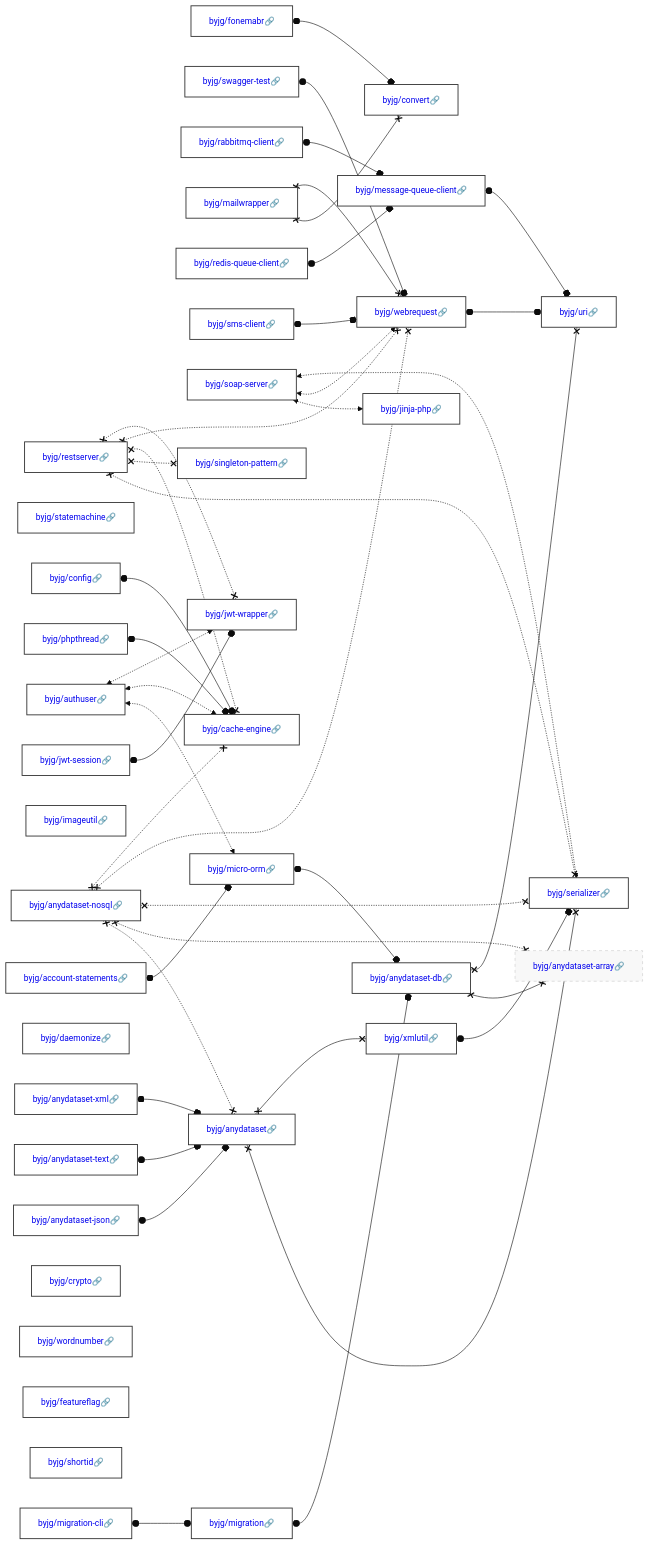
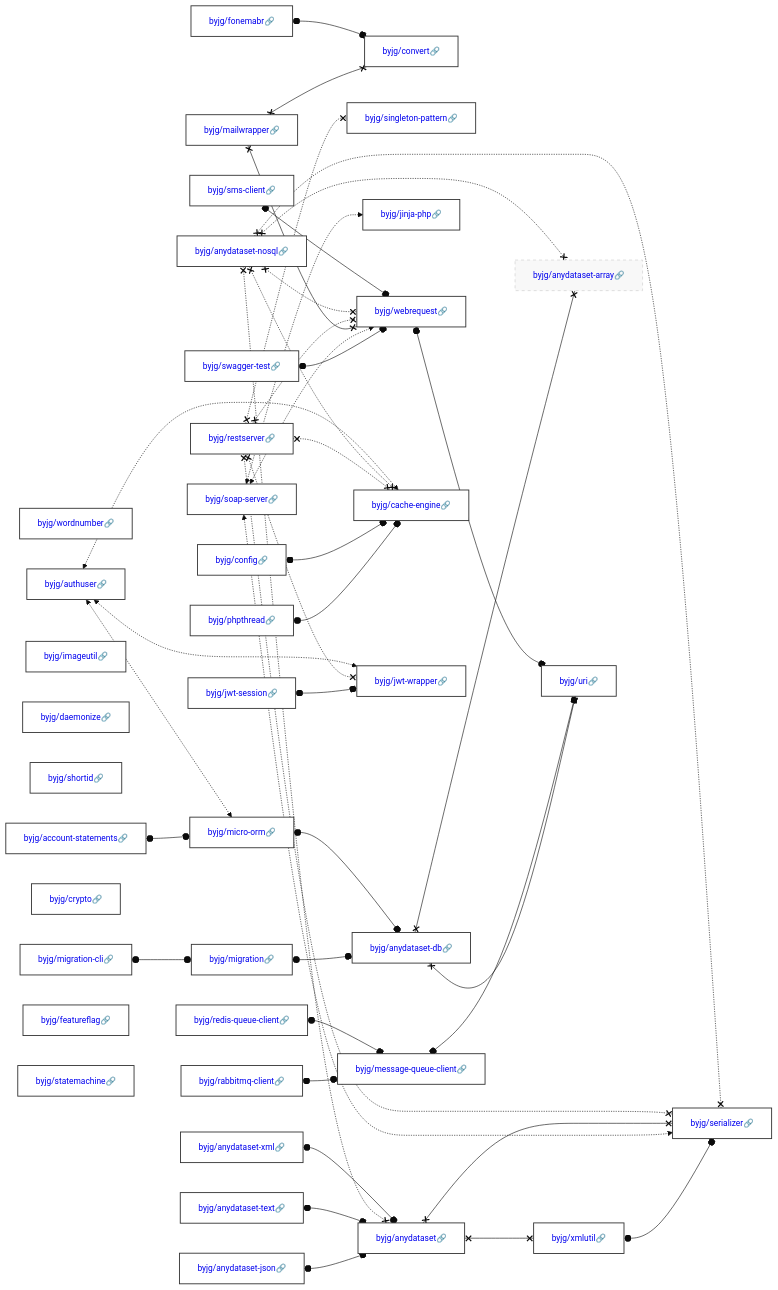
The diagram in docs/php/README.md (byjg/byjg.github.io), drawn with Mermaid (base theme) before and after one commit. The commit also changed other lines of this file and 1 other file, not shown here.

Commit message:
Update documentation 'php' 'php-imageutil'

````diff
--- a/docs/php/README.md
+++ b/docs/php/README.md
@@ -3,45 +3,45 @@
 ```mermaid
 graph LR;
+  byjg/wordnumber[<a href='https://opensource.byjg.com/docs/php/wordnumber' style='text-decoration:none'>byjg/wordnumber🔗</a>];
+  byjg/redis-queue-client[<a href='https://opensource.byjg.com/docs/php/redis-queue-client' style='text-decoration:none'>byjg/redis-queue-client🔗</a>];
+  byjg/anydataset-text[<a href='https://opensource.byjg.com/docs/php/anydataset-text' style='text-decoration:none'>byjg/anydataset-text🔗</a>];
+  byjg/migration-cli[<a href='https://opensource.byjg.com/docs/php/migration-cli' style='text-decoration:none'>byjg/migration-cli🔗</a>];
+  byjg/imageutil[<a href='https://opensource.byjg.com/docs/php/imageutil' style='text-decoration:none'>byjg/imageutil🔗</a>];
+  byjg/daemonize[<a href='https://opensource.byjg.com/docs/php/daemonize' style='text-decoration:none'>byjg/daemonize🔗</a>];
+  byjg/mailwrapper[<a href='https://opensource.byjg.com/docs/php/mailwrapper' style='text-decoration:none'>byjg/mailwrapper🔗</a>];
+  byjg/anydataset-json[<a href='https://opensource.byjg.com/docs/php/anydataset-json' style='text-decoration:none'>byjg/anydataset-json🔗</a>];
+  byjg/shortid[<a href='https://opensource.byjg.com/docs/php/shortid' style='text-decoration:none'>byjg/shortid🔗</a>];
   byjg/fonemabr[<a href='https://opensource.byjg.com/docs/php/fonemabr' style='text-decoration:none'>byjg/fonemabr🔗</a>];
   byjg/restserver[<a href='https://opensource.byjg.com/docs/php/restserver' style='text-decoration:none'>byjg/restserver🔗</a>];
+  byjg/anydataset-nosql[<a href='https://opensource.byjg.com/docs/php/anydataset-nosql' style='text-decoration:none'>byjg/anydataset-nosql🔗</a>];
+  byjg/anydataset-xml[<a href='https://opensource.byjg.com/docs/php/anydataset-xml' style='text-decoration:none'>byjg/anydataset-xml🔗</a>];
+  byjg/jwt-session[<a href='https://opensource.byjg.com/docs/php/jwt-session' style='text-decoration:none'>byjg/jwt-session🔗</a>];
+  byjg/sms-client[<a href='https://opensource.byjg.com/docs/php/sms-client' style='text-decoration:none'>byjg/sms-client🔗</a>];
+  byjg/rabbitmq-client[<a href='https://opensource.byjg.com/docs/php/rabbitmq-client' style='text-decoration:none'>byjg/rabbitmq-client🔗</a>];
+  byjg/soap-server[<a href='https://opensource.byjg.com/docs/php/soap-server' style='text-decoration:none'>byjg/soap-server🔗</a>];
+  byjg/account-statements[<a href='https://opensource.byjg.com/docs/php/account-statements' style='text-decoration:none'>byjg/account-statements🔗</a>];
+  byjg/crypto[<a href='https://opensource.byjg.com/docs/php/crypto' style='text-decoration:none'>byjg/crypto🔗</a>];
+  byjg/phpthread[<a href='https://opensource.byjg.com/docs/php/phpthread' style='text-decoration:none'>byjg/phpthread🔗</a>];
+  byjg/swagger-test[<a href='https://opensource.byjg.com/docs/php/swagger-test' style='text-decoration:none'>byjg/swagger-test🔗</a>];
+  byjg/config[<a href='https://opensource.byjg.com/docs/php/config' style='text-decoration:none'>byjg/config🔗</a>];
+  byjg/authuser[<a href='https://opensource.byjg.com/docs/php/authuser' style='text-decoration:none'>byjg/authuser🔗</a>];
+  byjg/featureflag[<a href='https://opensource.byjg.com/docs/php/featureflag' style='text-decoration:none'>byjg/featureflag🔗</a>];
   byjg/statemachine[<a href='https://opensource.byjg.com/docs/php/statemachine' style='text-decoration:none'>byjg/statemachine🔗</a>];
-  byjg/config[<a href='https://opensource.byjg.com/docs/php/config' style='text-decoration:none'>byjg/config🔗</a>];
-  byjg/anydataset-text[<a href='https://opensource.byjg.com/docs/php/anydataset-text' style='text-decoration:none'>byjg/anydataset-text🔗</a>];
-  byjg/swagger-test[<a href='https://opensource.byjg.com/docs/php/swagger-test' style='text-decoration:none'>byjg/swagger-test🔗</a>];
-  byjg/migration-cli[<a href='https://opensource.byjg.com/docs/php/migration-cli' style='text-decoration:none'>byjg/migration-cli🔗</a>];
-  byjg/rabbitmq-client[<a href='https://opensource.byjg.com/docs/php/rabbitmq-client' style='text-decoration:none'>byjg/rabbitmq-client🔗</a>];
-  byjg/mailwrapper[<a href='https://opensource.byjg.com/docs/php/mailwrapper' style='text-decoration:none'>byjg/mailwrapper🔗</a>];
-  byjg/authuser[<a href='https://opensource.byjg.com/docs/php/authuser' style='text-decoration:none'>byjg/authuser🔗</a>];
-  byjg/imageutil[<a href='https://opensource.byjg.com/docs/php/imageutil' style='text-decoration:none'>byjg/imageutil🔗</a>];
-  byjg/phpthread[<a href='https://opensource.byjg.com/docs/php/phpthread' style='text-decoration:none'>byjg/phpthread🔗</a>];
-  byjg/redis-queue-client[<a href='https://opensource.byjg.com/docs/php/redis-queue-client' style='text-decoration:none'>byjg/redis-queue-client🔗</a>];
-  byjg/anydataset-nosql[<a href='https://opensource.byjg.com/docs/php/anydataset-nosql' style='text-decoration:none'>byjg/anydataset-nosql🔗</a>];
-  byjg/sms-client[<a href='https://opensource.byjg.com/docs/php/sms-client' style='text-decoration:none'>byjg/sms-client🔗</a>];
-  byjg/daemonize[<a href='https://opensource.byjg.com/docs/php/daemonize' style='text-decoration:none'>byjg/daemonize🔗</a>];
-  byjg/account-statements[<a href='https://opensource.byjg.com/docs/php/account-statements' style='text-decoration:none'>byjg/account-statements🔗</a>];
-  byjg/jwt-session[<a href='https://opensource.byjg.com/docs/php/jwt-session' style='text-decoration:none'>byjg/jwt-session🔗</a>];
-  byjg/anydataset-json[<a href='https://opensource.byjg.com/docs/php/anydataset-json' style='text-decoration:none'>byjg/anydataset-json🔗</a>];
-  byjg/soap-server[<a href='https://opensource.byjg.com/docs/php/soap-server' style='text-decoration:none'>byjg/soap-server🔗</a>];
-  byjg/crypto[<a href='https://opensource.byjg.com/docs/php/crypto' style='text-decoration:none'>byjg/crypto🔗</a>];
-  byjg/wordnumber[<a href='https://opensource.byjg.com/docs/php/wordnumber' style='text-decoration:none'>byjg/wordnumber🔗</a>];
-  byjg/featureflag[<a href='https://opensource.byjg.com/docs/php/featureflag' style='text-decoration:none'>byjg/featureflag🔗</a>];
-  byjg/shortid[<a href='https://opensource.byjg.com/docs/php/shortid' style='text-decoration:none'>byjg/shortid🔗</a>];
-  byjg/anydataset-xml[<a href='https://opensource.byjg.com/docs/php/anydataset-xml' style='text-decoration:none'>byjg/anydataset-xml🔗</a>];
-  byjg/singleton-pattern[<a href='https://opensource.byjg.com/docs/php/singleton-pattern' style='text-decoration:none'>byjg/singleton-pattern🔗</a>];
   byjg/migration[<a href='https://opensource.byjg.com/docs/php/migration' style='text-decoration:none'>byjg/migration🔗</a>];
   byjg/convert[<a href='https://opensource.byjg.com/docs/php/convert' style='text-decoration:none'>byjg/convert🔗</a>];
+  byjg/singleton-pattern[<a href='https://opensource.byjg.com/docs/php/singleton-pattern' style='text-decoration:none'>byjg/singleton-pattern🔗</a>];
+  byjg/anydataset[<a href='https://opensource.byjg.com/docs/php/anydataset' style='text-decoration:none'>byjg/anydataset🔗</a>];
   byjg/message-queue-client[<a href='https://opensource.byjg.com/docs/php/message-queue-client' style='text-decoration:none'>byjg/message-queue-client🔗</a>];
-  byjg/cache-engine[<a href='https://opensource.byjg.com/docs/php/cache-engine' style='text-decoration:none'>byjg/cache-engine🔗</a>];
-  byjg/micro-orm[<a href='https://opensource.byjg.com/docs/php/micro-orm' style='text-decoration:none'>byjg/micro-orm🔗</a>];
-  byjg/jwt-wrapper[<a href='https://opensource.byjg.com/docs/php/jwt-wrapper' style='text-decoration:none'>byjg/jwt-wrapper🔗</a>];
   byjg/jinja-php[<a href='https://opensource.byjg.com/docs/php/jinja-php' style='text-decoration:none'>byjg/jinja-php🔗</a>];
   byjg/webrequest[<a href='https://opensource.byjg.com/docs/php/webrequest' style='text-decoration:none'>byjg/webrequest🔗</a>];
-  byjg/anydataset[<a href='https://opensource.byjg.com/docs/php/anydataset' style='text-decoration:none'>byjg/anydataset🔗</a>];
+  byjg/micro-orm[<a href='https://opensource.byjg.com/docs/php/micro-orm' style='text-decoration:none'>byjg/micro-orm🔗</a>];
+  byjg/cache-engine[<a href='https://opensource.byjg.com/docs/php/cache-engine' style='text-decoration:none'>byjg/cache-engine🔗</a>];
+  byjg/jwt-wrapper[<a href='https://opensource.byjg.com/docs/php/jwt-wrapper' style='text-decoration:none'>byjg/jwt-wrapper🔗</a>];
+  byjg/xmlutil[<a href='https://opensource.byjg.com/docs/php/xmlutil' style='text-decoration:none'>byjg/xmlutil🔗</a>];
   byjg/anydataset-db[<a href='https://opensource.byjg.com/docs/php/anydataset-db' style='text-decoration:none'>byjg/anydataset-db🔗</a>];
-  byjg/xmlutil[<a href='https://opensource.byjg.com/docs/php/xmlutil' style='text-decoration:none'>byjg/xmlutil🔗</a>];
+  byjg/serializer[<a href='https://opensource.byjg.com/docs/php/serializer' style='text-decoration:none'>byjg/serializer🔗</a>];
   byjg/anydataset-array[<a href='https://opensource.byjg.com/docs/php/anydataset-array' style='text-decoration:none'>byjg/anydataset-array🔗</a>];
   byjg/uri[<a href='https://opensource.byjg.com/docs/php/uri' style='text-decoration:none'>byjg/uri🔗</a>];
-  byjg/serializer[<a href='https://opensource.byjg.com/docs/php/serializer' style='text-decoration:none'>byjg/serializer🔗</a>];
   byjg/xmlutil o--o byjg/serializer;
   byjg/rabbitmq-client o--o byjg/message-queue-client;
   byjg/migration o--o byjg/anydataset-db;
````
